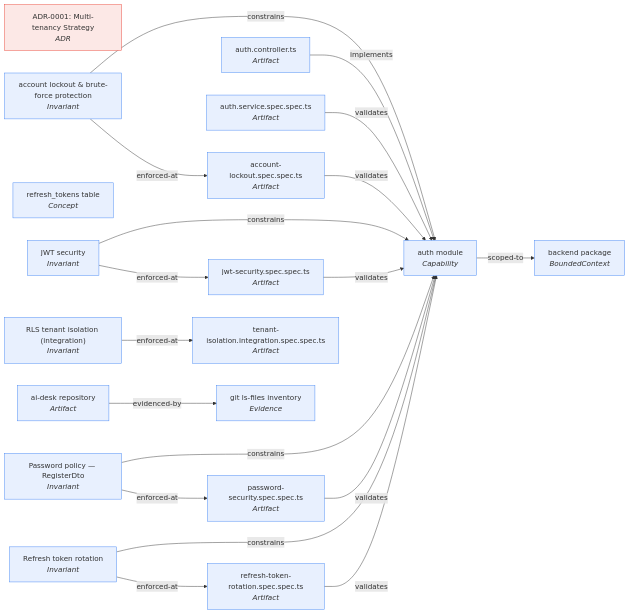
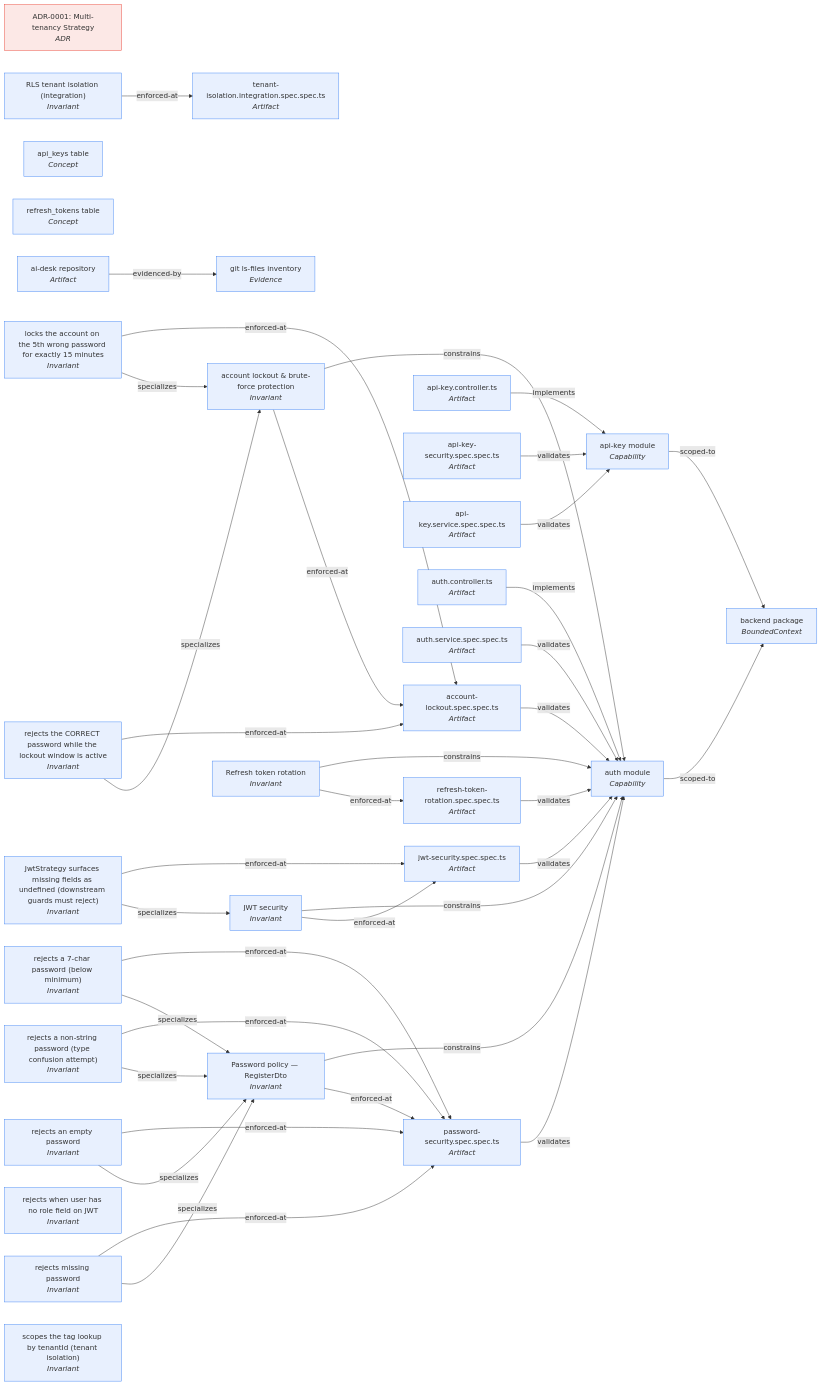
Before and after one commit to gpasquero/engineering-os: the diagram in external/ai-desk-onboarding/build/graph.md, drawn with Mermaid. The commit also changed other lines of this file and 41 other files, not shown here.

````diff
--- a/external/ai-desk-onboarding/build/graph.md
+++ b/external/ai-desk-onboarding/build/graph.md
@@ -10,42 +10,74 @@
 ```mermaid
 graph LR
   ADR_0001["ADR-0001: Multi-tenancy Strategy<br/><i>ADR</i>"]
   Artifact_AccountLockoutSpec["account-lockout.spec.spec.ts<br/><i>Artifact</i>"]
   Artifact_AiDeskRepository["ai-desk repository<br/><i>Artifact</i>"]
+  Artifact_ApiKeyController["api-key.controller.ts<br/><i>Artifact</i>"]
+  Artifact_ApiKeySecuritySpec["api-key-security.spec.spec.ts<br/><i>Artifact</i>"]
+  Artifact_ApiKeyServiceSpec["api-key.service.spec.spec.ts<br/><i>Artifact</i>"]
   Artifact_AuthController["auth.controller.ts<br/><i>Artifact</i>"]
   Artifact_AuthServiceSpec["auth.service.spec.spec.ts<br/><i>Artifact</i>"]
   Artifact_JwtSecuritySpec["jwt-security.spec.spec.ts<br/><i>Artifact</i>"]
   Artifact_PasswordSecuritySpec["password-security.spec.spec.ts<br/><i>Artifact</i>"]
   Artifact_RefreshTokenRotationSpec["refresh-token-rotation.spec.spec.ts<br/><i>Artifact</i>"]
   Artifact_TenantIsolationIntegrationSpec["tenant-isolation.integration.spec.spec.ts<br/><i>Artifact</i>"]
   BoundedContext_Backend["backend package<br/><i>BoundedContext</i>"]
+  Capability_ApiKey["api-key module<br/><i>Capability</i>"]
   Capability_Auth["auth module<br/><i>Capability</i>"]
+  Concept_TableApiKeys["api_keys table<br/><i>Concept</i>"]
   Concept_TableRefreshTokens["refresh_tokens table<br/><i>Concept</i>"]
   Evidence_RepositoryInventory["git ls-files inventory<br/><i>Evidence</i>"]
   Invariant_AccountLockoutBruteForceProtection["account lockout & brute-force protection<br/><i>Invariant</i>"]
   Invariant_JwtSecurity["JWT security<br/><i>Invariant</i>"]
+  Invariant_JwtstrategySurfacesMissingFieldsAsUndefinedD["JwtStrategy surfaces missing fields as undefined (downstream guards must reject)<br/><i>Invariant</i>"]
+  Invariant_LocksTheAccountOnThe5ThWrongPasswordForExact["locks the account on the 5th wrong password for exactly 15 minutes<br/><i>Invariant</i>"]
   Invariant_PasswordPolicyRegisterdto["Password policy — RegisterDto<br/><i>Invariant</i>"]
   Invariant_RefreshTokenRotation["Refresh token rotation<br/><i>Invariant</i>"]
+  Invariant_RejectsA7CharPasswordBelowMinimum["rejects a 7-char password (below minimum)<br/><i>Invariant</i>"]
+  Invariant_RejectsANonStringPasswordTypeConfusionAttemp["rejects a non-string password (type confusion attempt)<br/><i>Invariant</i>"]
+  Invariant_RejectsAnEmptyPassword["rejects an empty password<br/><i>Invariant</i>"]
+  Invariant_RejectsMissingPassword["rejects missing password<br/><i>Invariant</i>"]
+  Invariant_RejectsTheCorrectPasswordWhileTheLockoutWind["rejects the CORRECT password while the lockout window is active<br/><i>Invariant</i>"]
+  Invariant_RejectsWhenUserHasNoRoleFieldOnJwt["rejects when user has no role field on JWT<br/><i>Invariant</i>"]
   Invariant_RlsTenantIsolationIntegration["RLS tenant isolation (integration)<br/><i>Invariant</i>"]
+  Invariant_ScopesTheTagLookupByTenantidTenantIsolation["scopes the tag lookup by tenantId (tenant isolation)<br/><i>Invariant</i>"]
   Artifact_AccountLockoutSpec -->|validates| Capability_Auth
   Artifact_AiDeskRepository -->|evidenced-by| Evidence_RepositoryInventory
+  Artifact_ApiKeyController -->|implements| Capability_ApiKey
+  Artifact_ApiKeySecuritySpec -->|validates| Capability_ApiKey
+  Artifact_ApiKeyServiceSpec -->|validates| Capability_ApiKey
   Artifact_AuthController -->|implements| Capability_Auth
   Artifact_AuthServiceSpec -->|validates| Capability_Auth
   Artifact_JwtSecuritySpec -->|validates| Capability_Auth
   Artifact_PasswordSecuritySpec -->|validates| Capability_Auth
   Artifact_RefreshTokenRotationSpec -->|validates| Capability_Auth
+  Capability_ApiKey -->|scoped-to| BoundedContext_Backend
   Capability_Auth -->|scoped-to| BoundedContext_Backend
   Invariant_AccountLockoutBruteForceProtection -->|constrains| Capability_Auth
   Invariant_AccountLockoutBruteForceProtection -->|enforced-at| Artifact_AccountLockoutSpec
   Invariant_JwtSecurity -->|constrains| Capability_Auth
   Invariant_JwtSecurity -->|enforced-at| Artifact_JwtSecuritySpec
+  Invariant_JwtstrategySurfacesMissingFieldsAsUndefinedD -->|enforced-at| Artifact_JwtSecuritySpec
+  Invariant_JwtstrategySurfacesMissingFieldsAsUndefinedD -->|specializes| Invariant_JwtSecurity
+  Invariant_LocksTheAccountOnThe5ThWrongPasswordForExact -->|enforced-at| Artifact_AccountLockoutSpec
+  Invariant_LocksTheAccountOnThe5ThWrongPasswordForExact -->|specializes| Invariant_AccountLockoutBruteForceProtection
   Invariant_PasswordPolicyRegisterdto -->|constrains| Capability_Auth
   Invariant_PasswordPolicyRegisterdto -->|enforced-at| Artifact_PasswordSecuritySpec
   Invariant_RefreshTokenRotation -->|constrains| Capability_Auth
   Invariant_RefreshTokenRotation -->|enforced-at| Artifact_RefreshTokenRotationSpec
+  Invariant_RejectsA7CharPasswordBelowMinimum -->|enforced-at| Artifact_PasswordSecuritySpec
+  Invariant_RejectsA7CharPasswordBelowMinimum -->|specializes| Invariant_PasswordPolicyRegisterdto
+  Invariant_RejectsANonStringPasswordTypeConfusionAttemp -->|enforced-at| Artifact_PasswordSecuritySpec
+  Invariant_RejectsANonStringPasswordTypeConfusionAttemp -->|specializes| Invariant_PasswordPolicyRegisterdto
+  Invariant_RejectsAnEmptyPassword -->|enforced-at| Artifact_PasswordSecuritySpec
+  Invariant_RejectsAnEmptyPassword -->|specializes| Invariant_PasswordPolicyRegisterdto
+  Invariant_RejectsMissingPassword -->|enforced-at| Artifact_PasswordSecuritySpec
+  Invariant_RejectsMissingPassword -->|specializes| Invariant_PasswordPolicyRegisterdto
+  Invariant_RejectsTheCorrectPasswordWhileTheLockoutWind -->|enforced-at| Artifact_AccountLockoutSpec
+  Invariant_RejectsTheCorrectPasswordWhileTheLockoutWind -->|specializes| Invariant_AccountLockoutBruteForceProtection
   Invariant_RlsTenantIsolationIntegration -->|enforced-at| Artifact_TenantIsolationIntegrationSpec
-  class Artifact_AccountLockoutSpec,Artifact_AiDeskRepository,Artifact_AuthController,Artifact_AuthServiceSpec,Artifact_JwtSecuritySpec,Artifact_PasswordSecuritySpec,Artifact_RefreshTokenRotationSpec,Artifact_TenantIsolationIntegrationSpec,BoundedContext_Backend,Capability_Auth,Concept_TableRefreshTokens,Evidence_RepositoryInventory,Invariant_AccountLockoutBruteForceProtection,Invariant_JwtSecurity,Invariant_PasswordPolicyRegisterdto,Invariant_RefreshTokenRotation,Invariant_RlsTenantIsolationIntegration descriptive;
+  class Artifact_AccountLockoutSpec,Artifact_AiDeskRepository,Artifact_ApiKeyController,Artifact_ApiKeySecuritySpec,Artifact_ApiKeyServiceSpec,Artifact_AuthController,Artifact_AuthServiceSpec,Artifact_JwtSecuritySpec,Artifact_PasswordSecuritySpec,Artifact_RefreshTokenRotationSpec,Artifact_TenantIsolationIntegrationSpec,BoundedContext_Backend,Capability_ApiKey,Capability_Auth,Concept_TableApiKeys,Concept_TableRefreshTokens,Evidence_RepositoryInventory,Invariant_AccountLockoutBruteForceProtection,Invariant_JwtSecurity,Invariant_JwtstrategySurfacesMissingFieldsAsUndefinedD,Invariant_LocksTheAccountOnThe5ThWrongPasswordForExact,Invariant_PasswordPolicyRegisterdto,Invariant_RefreshTokenRotation,Invariant_RejectsA7CharPasswordBelowMinimum,Invariant_RejectsANonStringPasswordTypeConfusionAttemp,Invariant_RejectsAnEmptyPassword,Invariant_RejectsMissingPassword,Invariant_RejectsTheCorrectPasswordWhileTheLockoutWind,Invariant_RejectsWhenUserHasNoRoleFieldOnJwt,Invariant_RlsTenantIsolationIntegration,Invariant_ScopesTheTagLookupByTenantidTenantIsolation descriptive;
   class ADR_0001 operational;
   classDef descriptive fill:#e8f0fe,stroke:#4285f4;
   classDef operational fill:#fce8e6,stroke:#ea4335;
 ```
````
